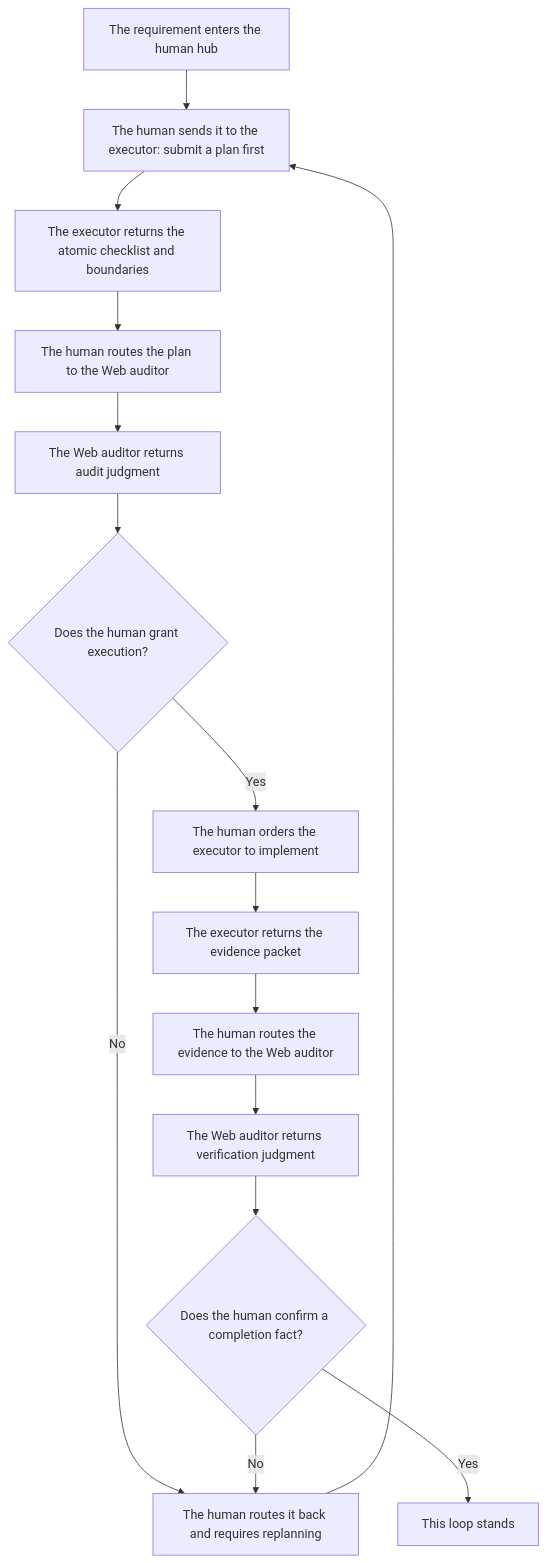
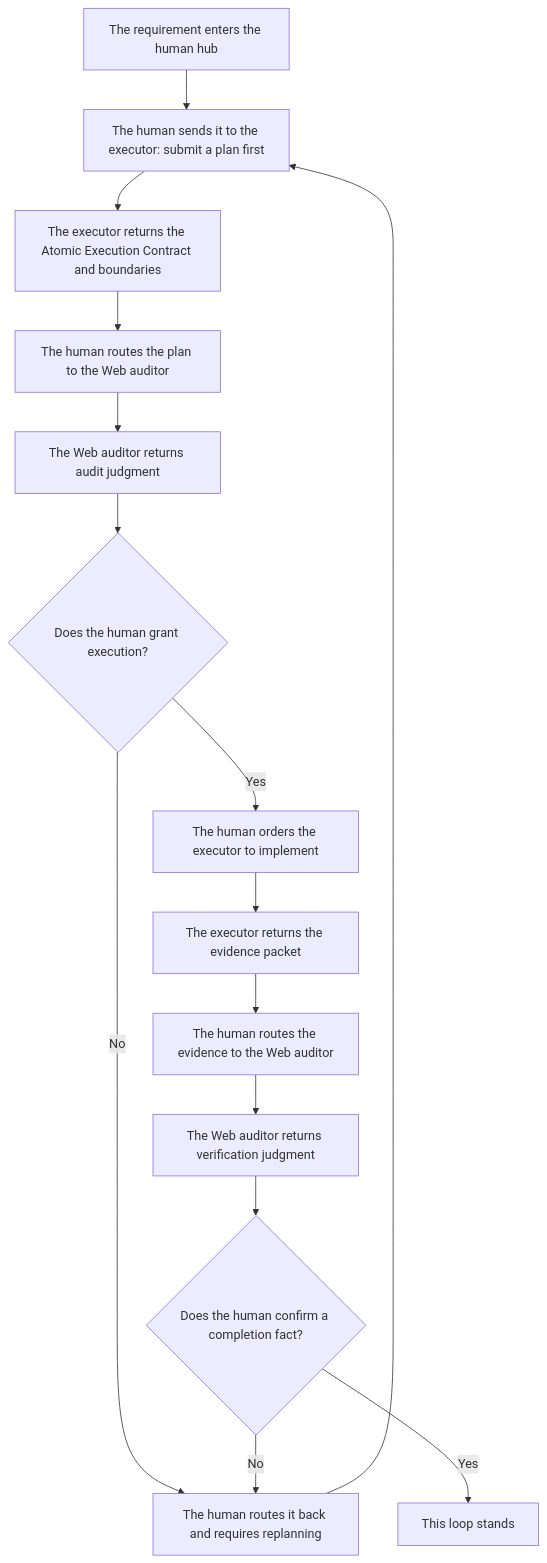
One commit to blackzhanzhan/Cyber-Ming-Protocol changed the diagram in wiki-en/00-entry/prompt-pack.md. Above: the diagram before and after it, drawn with Mermaid. The commit also changed other lines of this file and 10 other files, not shown here.

First line of the commit message:
Recast atomic checklist as execution contract

````diff
--- a/wiki-en/00-entry/prompt-pack.md
+++ b/wiki-en/00-entry/prompt-pack.md
@@ -23,17 +23,17 @@
 ```mermaid
 flowchart TD
     A[The requirement enters the human hub] --> B[The human sends it to the executor: submit a plan first]
-    B --> C[The executor returns the atomic checklist and boundaries]
+    B --> C[The executor returns the Atomic Execution Contract and boundaries]
     C --> D[The human routes the plan to the Web auditor]
     D --> E[The Web auditor returns audit judgment]
     E --> F{Does the human grant execution?}
     F -- No --> G[The human routes it back and requires replanning]
     G --> B
     F -- Yes --> H[The human orders the executor to implement]
     H --> I[The executor returns the evidence packet]
     I --> J[The human routes the evidence to the Web auditor]
     J --> K[The Web auditor returns verification judgment]
     K --> L{Does the human confirm a completion fact?}
     L -- No --> G
     L -- Yes --> M[This loop stands]
 ```
````
